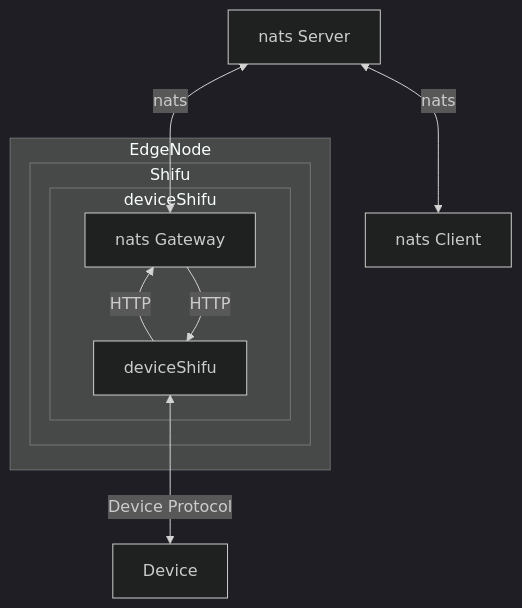
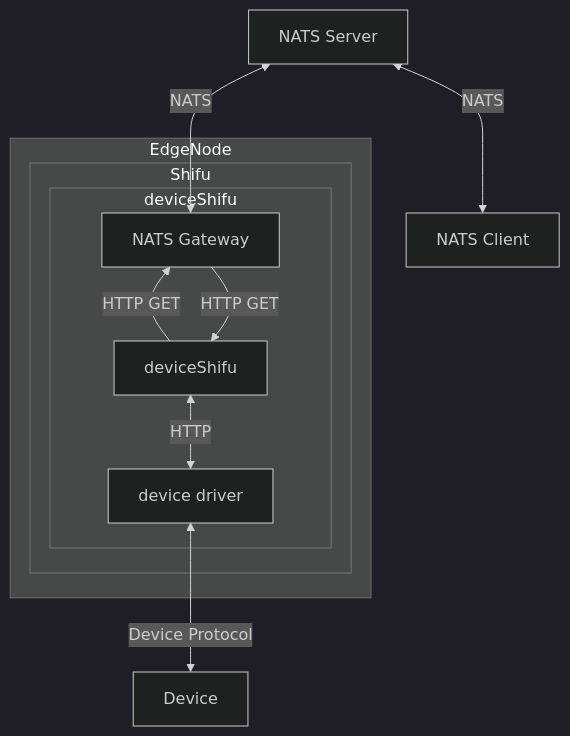
One commit to Edgenesis/shifu changed the first of 3 diagrams in docs/design/gateway/natsio-gateway.md. Above: the diagram before and after it, drawn with Mermaid (dark theme). The commit also changed other lines of this file and 11 other files, not shown here.

````diff
--- a/docs/design/gateway/natsio-gateway.md
+++ b/docs/design/gateway/natsio-gateway.md
@@ -25,25 +25,27 @@
 ```mermaid
 flowchart BT
 
 device[Device]
 
 subgraph EdgeNode
     subgraph Shifu
         subgraph deviceShifu
-            gw[nats Gateway]
+            gw[NATS Gateway]
             ds[deviceShifu]
+            dvr[device driver]
 
-            ds -->|HTTP| gw
-            gw -->|HTTP| ds
+            ds -->|HTTP GET| gw
+            gw -->|HTTP GET| ds
+            dvr <-->|HTTP| ds
         end
     end
 end
 
-natsclient[nats Client]
-nats[nats Server]
+NATSclient[NATS Client]
+NATS[NATS Server]
 
-gw <-->|nats| nats
-natsclient <-->|nats| nats
+gw <-->|NATS| NATS
+NATSclient <-->|NATS| NATS
 
-device <-->|Device Protocol| ds
+device <-->|Device Protocol| dvr
 ```
````
